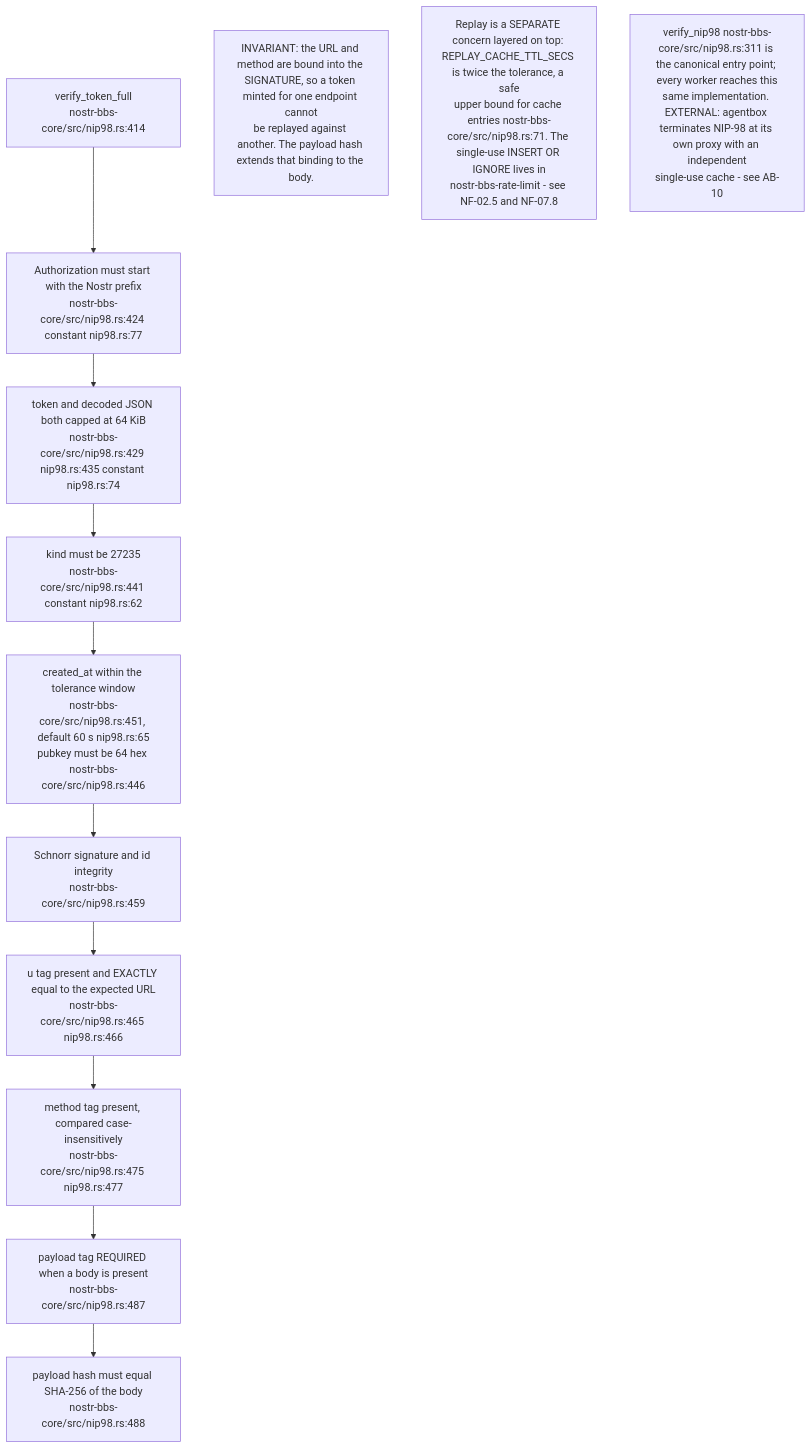
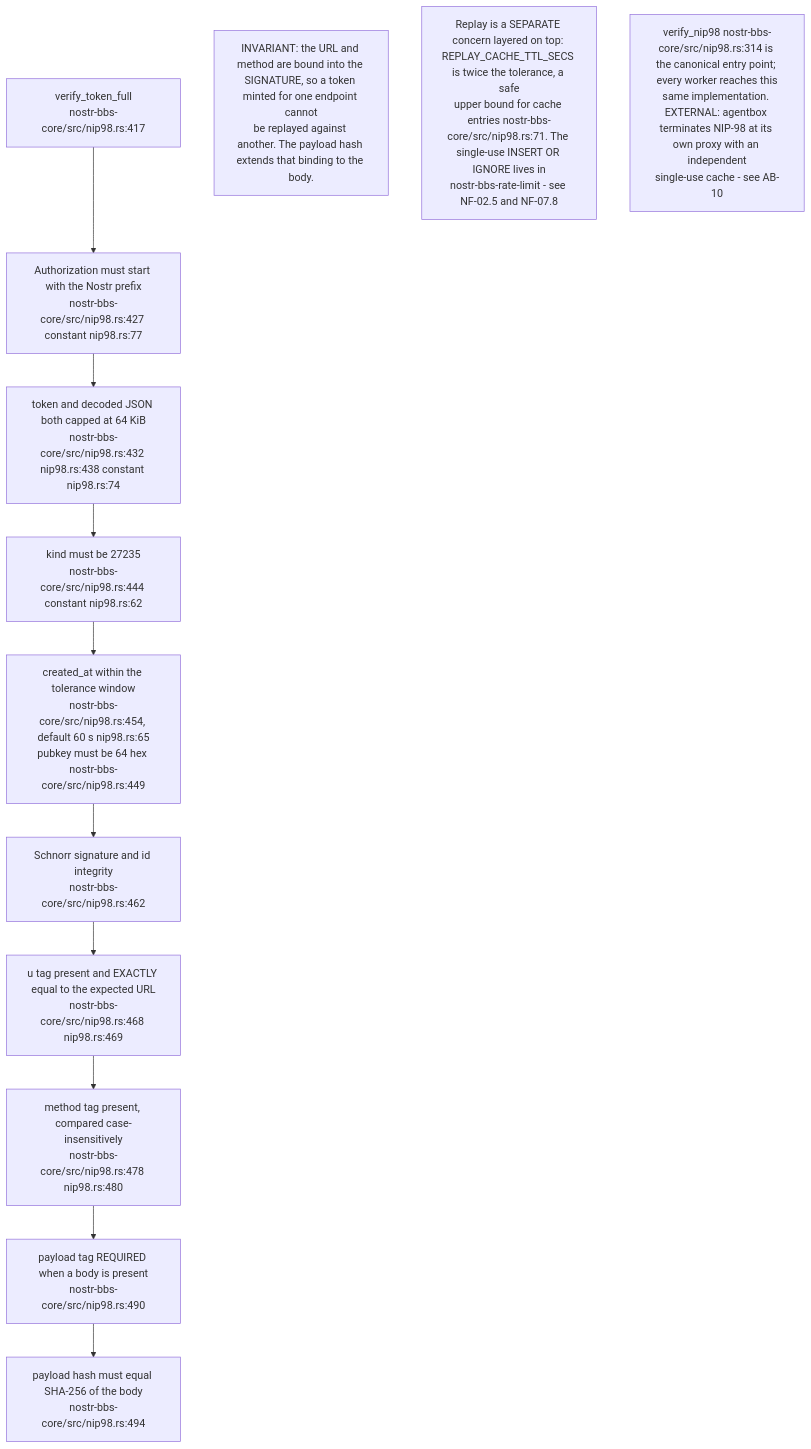
Before and after one commit to DreamLab-AI/VisionFlow: the fifth of 10 diagrams in docs/diagrams/nostr-rust-forum/12-core-wire-crypto-and-federation-envelope.md, drawn with Mermaid. The commit also changed other lines of this file and 94 other files, not shown here.

First line of the commit message:
docs(diagrams): re-verify 130 topics against 2 October HEADs

````diff
--- a/docs/diagrams/nostr-rust-forum/12-core-wire-crypto-and-federation-envelope.md
+++ b/docs/diagrams/nostr-rust-forum/12-core-wire-crypto-and-federation-envelope.md
@@ -170,19 +171,19 @@
 ```mermaid
 flowchart TB
-    T["verify_token_full<br/>nostr-bbs-core/src/nip98.rs:414"]
-    C1["Authorization must start with the Nostr prefix<br/>nostr-bbs-core/src/nip98.rs:424 constant nip98.rs:77"]
-    C2["token and decoded JSON both capped at 64 KiB<br/>nostr-bbs-core/src/nip98.rs:429 nip98.rs:435 constant nip98.rs:74"]
-    C3["kind must be 27235<br/>nostr-bbs-core/src/nip98.rs:441 constant nip98.rs:62"]
-    C4["created_at within the tolerance window<br/>nostr-bbs-core/src/nip98.rs:451, default 60 s nip98.rs:65<br/>pubkey must be 64 hex nostr-bbs-core/src/nip98.rs:446"]
-    C5["Schnorr signature and id integrity<br/>nostr-bbs-core/src/nip98.rs:459"]
-    C6["u tag present and EXACTLY equal to the expected URL<br/>nostr-bbs-core/src/nip98.rs:465 nip98.rs:466"]
-    C7["method tag present, compared case-insensitively<br/>nostr-bbs-core/src/nip98.rs:475 nip98.rs:477"]
-    C8["payload tag REQUIRED when a body is present<br/>nostr-bbs-core/src/nip98.rs:487"]
-    C9["payload hash must equal SHA-256 of the body<br/>nostr-bbs-core/src/nip98.rs:488"]
+    T["verify_token_full<br/>nostr-bbs-core/src/nip98.rs:417"]
+    C1["Authorization must start with the Nostr prefix<br/>nostr-bbs-core/src/nip98.rs:427 constant nip98.rs:77"]
+    C2["token and decoded JSON both capped at 64 KiB<br/>nostr-bbs-core/src/nip98.rs:432 nip98.rs:438 constant nip98.rs:74"]
+    C3["kind must be 27235<br/>nostr-bbs-core/src/nip98.rs:444 constant nip98.rs:62"]
+    C4["created_at within the tolerance window<br/>nostr-bbs-core/src/nip98.rs:454, default 60 s nip98.rs:65<br/>pubkey must be 64 hex nostr-bbs-core/src/nip98.rs:449"]
+    C5["Schnorr signature and id integrity<br/>nostr-bbs-core/src/nip98.rs:462"]
+    C6["u tag present and EXACTLY equal to the expected URL<br/>nostr-bbs-core/src/nip98.rs:468 nip98.rs:469"]
+    C7["method tag present, compared case-insensitively<br/>nostr-bbs-core/src/nip98.rs:478 nip98.rs:480"]
+    C8["payload tag REQUIRED when a body is present<br/>nostr-bbs-core/src/nip98.rs:490"]
+    C9["payload hash must equal SHA-256 of the body<br/>nostr-bbs-core/src/nip98.rs:494"]
 
     T --> C1 --> C2 --> C3 --> C4 --> C5 --> C6 --> C7 --> C8 --> C9
 
     N1["INVARIANT: the URL and method are bound into the SIGNATURE, so a token minted for one endpoint cannot<br/>be replayed against another. The payload hash extends that binding to the body."]
     N2["Replay is a SEPARATE concern layered on top: REPLAY_CACHE_TTL_SECS is twice the tolerance, a safe<br/>upper bound for cache entries nostr-bbs-core/src/nip98.rs:71. The single-use INSERT OR IGNORE lives in<br/>nostr-bbs-rate-limit - see NF-02.5 and NF-07.8"]
-    N3["verify_nip98 nostr-bbs-core/src/nip98.rs:311 is the canonical entry point; every worker reaches this<br/>same implementation. EXTERNAL: agentbox terminates NIP-98 at its own proxy with an independent<br/>single-use cache - see AB-10"]
+    N3["verify_nip98 nostr-bbs-core/src/nip98.rs:314 is the canonical entry point; every worker reaches this<br/>same implementation. EXTERNAL: agentbox terminates NIP-98 at its own proxy with an independent<br/>single-use cache - see AB-10"]
 ```
````
